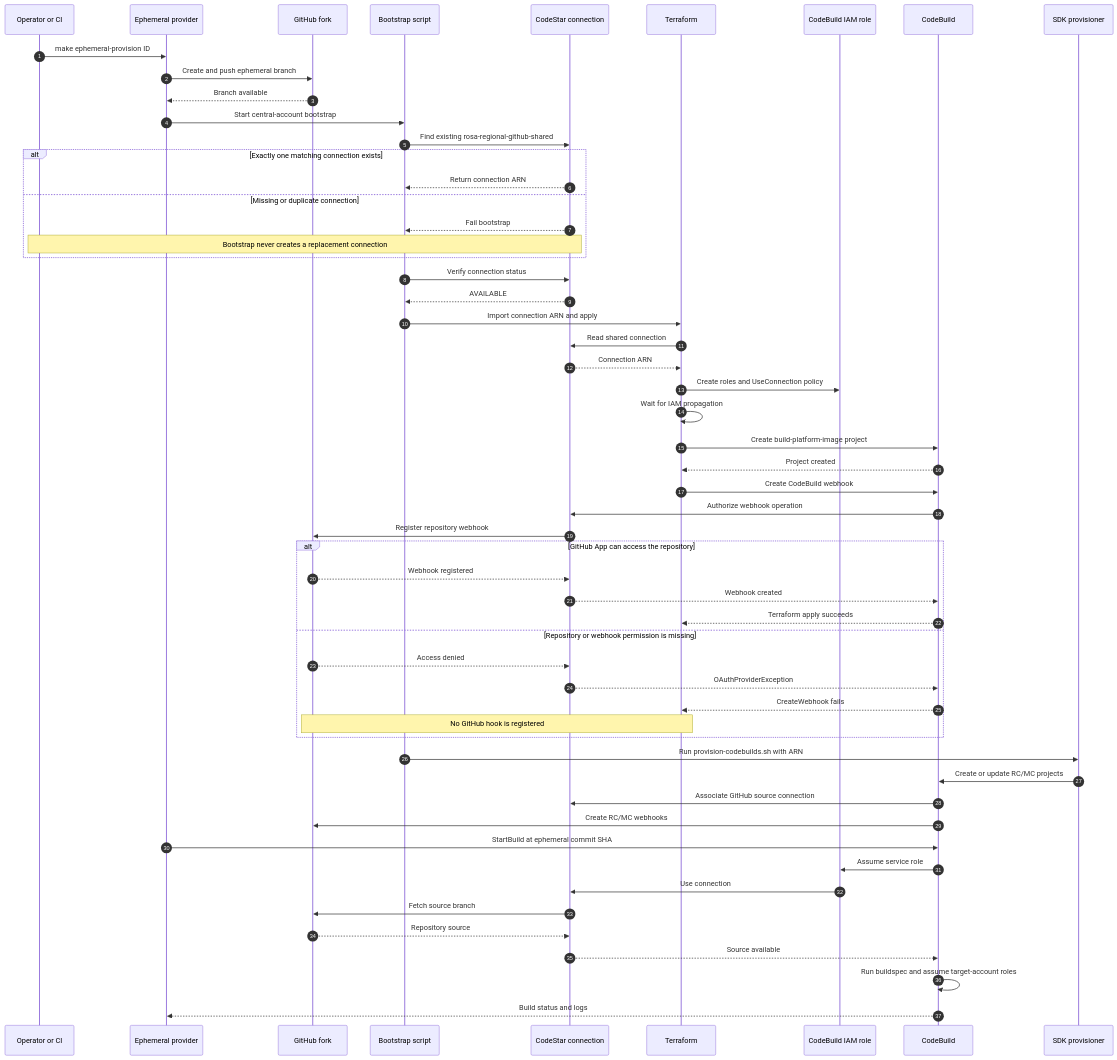
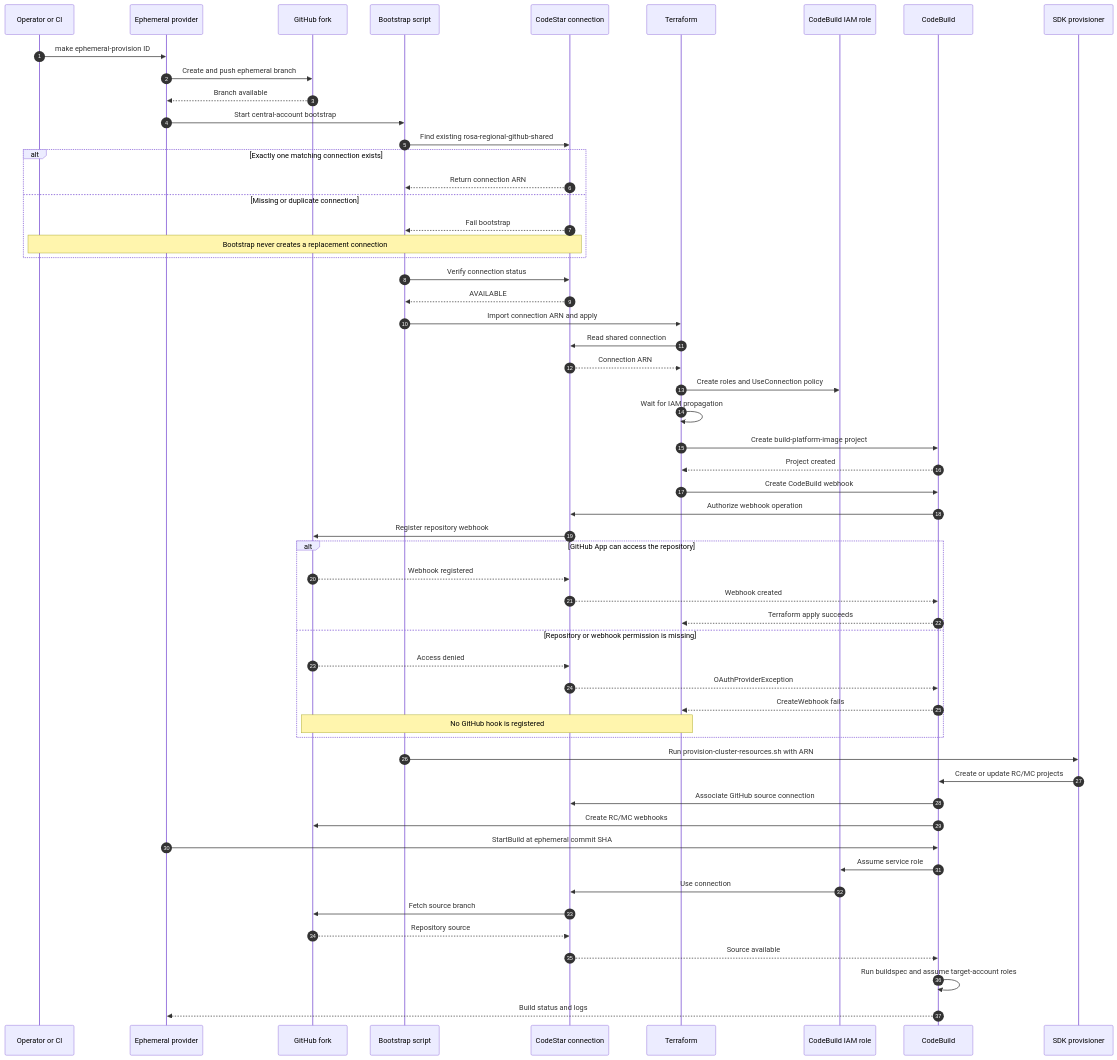
Before and after one commit to openshift-online/rosa-hyperfleet: the first of 4 diagrams in docs/design/codebuild-optimization.md, drawn with Mermaid. The commit also changed other lines of this file and 33 other files, not shown here.

````diff
--- a/docs/design/codebuild-optimization.md
+++ b/docs/design/codebuild-optimization.md
@@ -85,63 +88,63 @@
 ```mermaid
 sequenceDiagram
   autonumber
   participant Op as Operator or CI
   participant Eph as Ephemeral provider
   participant Git as GitHub fork
   participant Boot as Bootstrap script
   participant Conn as CodeStar connection
   participant TF as Terraform
   participant IAM as CodeBuild IAM role
   participant CB as CodeBuild
   participant Prov as SDK provisioner
 
   Op->>Eph: make ephemeral-provision ID
   Eph->>Git: Create and push ephemeral branch
   Git-->>Eph: Branch available
   Eph->>Boot: Start central-account bootstrap
 
   Boot->>Conn: Find existing rosa-regional-github-shared
   alt Exactly one matching connection exists
     Conn-->>Boot: Return connection ARN
   else Missing or duplicate connection
     Conn-->>Boot: Fail bootstrap
     Note over Op,Conn: Bootstrap never creates a replacement connection
   end
   Boot->>Conn: Verify connection status
   Conn-->>Boot: AVAILABLE
 
   Boot->>TF: Import connection ARN and apply
   TF->>Conn: Read shared connection
   Conn-->>TF: Connection ARN
   TF->>IAM: Create roles and UseConnection policy
   TF->>TF: Wait for IAM propagation
   TF->>CB: Create build-platform-image project
   CB-->>TF: Project created
   TF->>CB: Create CodeBuild webhook
   CB->>Conn: Authorize webhook operation
   Conn->>Git: Register repository webhook
 
   alt GitHub App can access the repository
     Git-->>Conn: Webhook registered
     Conn-->>CB: Webhook created
     CB-->>TF: Terraform apply succeeds
   else Repository or webhook permission is missing
     Git-->>Conn: Access denied
     Conn-->>CB: OAuthProviderException
     CB-->>TF: CreateWebhook fails
     Note over TF,Git: No GitHub hook is registered
   end
 
-  Boot->>Prov: Run provision-codebuilds.sh with ARN
+  Boot->>Prov: Run provision-cluster-resources.sh with ARN
   Prov->>CB: Create or update RC/MC projects
   CB->>Conn: Associate GitHub source connection
   CB->>Git: Create RC/MC webhooks
   Eph->>CB: StartBuild at ephemeral commit SHA
   CB->>IAM: Assume service role
   IAM->>Conn: Use connection
   Conn->>Git: Fetch source branch
   Git-->>Conn: Repository source
   Conn-->>CB: Source available
   CB->>CB: Run buildspec and assume target-account roles
   CB-->>Eph: Build status and logs
 ```
````
